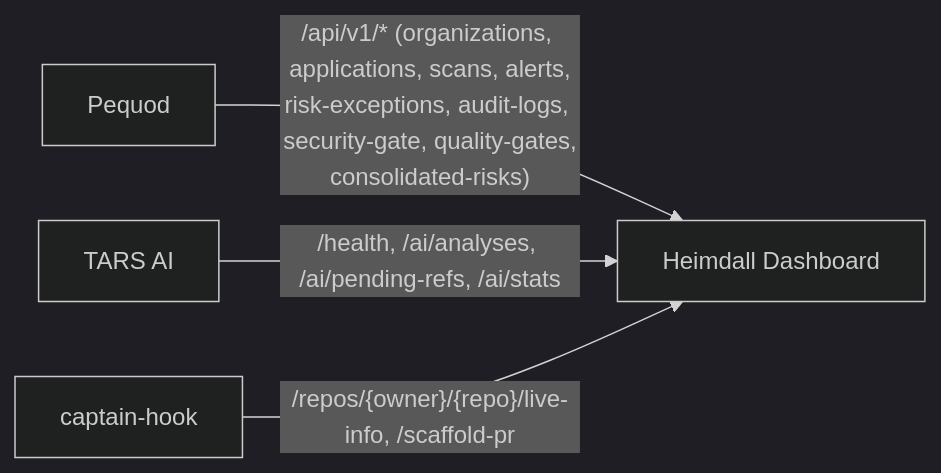
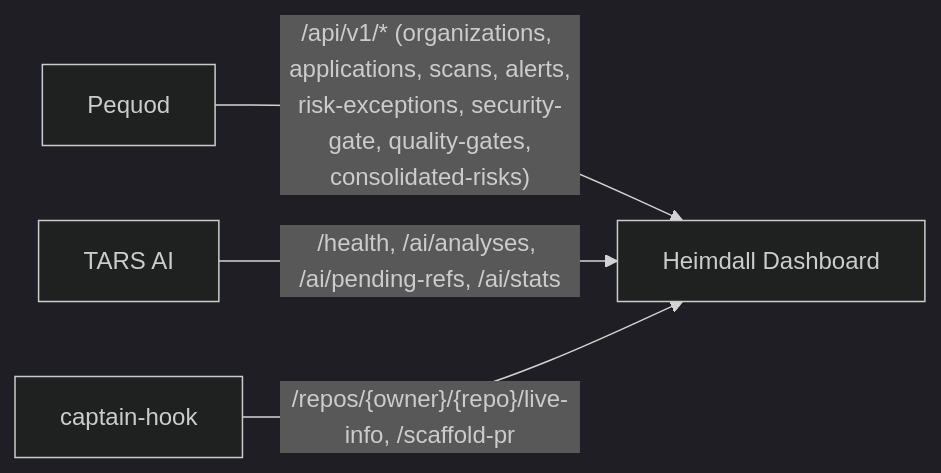
One commit to OdinEye-FIAP/aspm-docs changed the diagram in docs/heimdall-dashboard.md. Above: the diagram before and after it, drawn with Mermaid (dark theme). The commit also changed other lines of this file and 8 other files, not shown here.

````diff
--- a/docs/heimdall-dashboard.md
+++ b/docs/heimdall-dashboard.md
@@ -59,11 +59,11 @@
 ```mermaid
 flowchart LR
   CH[captain-hook]
   T[TARS AI]
   PQ[Pequod]
   H[Heimdall Dashboard]
 
-  PQ -->|"/api/v1/* (organizations, applications, scans, alerts,\nrisk-exceptions, audit-logs, security-gate, quality-gates,\nconsolidated-risks)"| H
+  PQ -->|"/api/v1/* (organizations, applications, scans, alerts,\nrisk-exceptions, security-gate, quality-gates,\nconsolidated-risks)"| H
   T -->|"/health, /ai/analyses, /ai/pending-refs, /ai/stats"| H
   CH -->|"/repos/{owner}/{repo}/live-info, /scaffold-pr"| H
 ```
````
